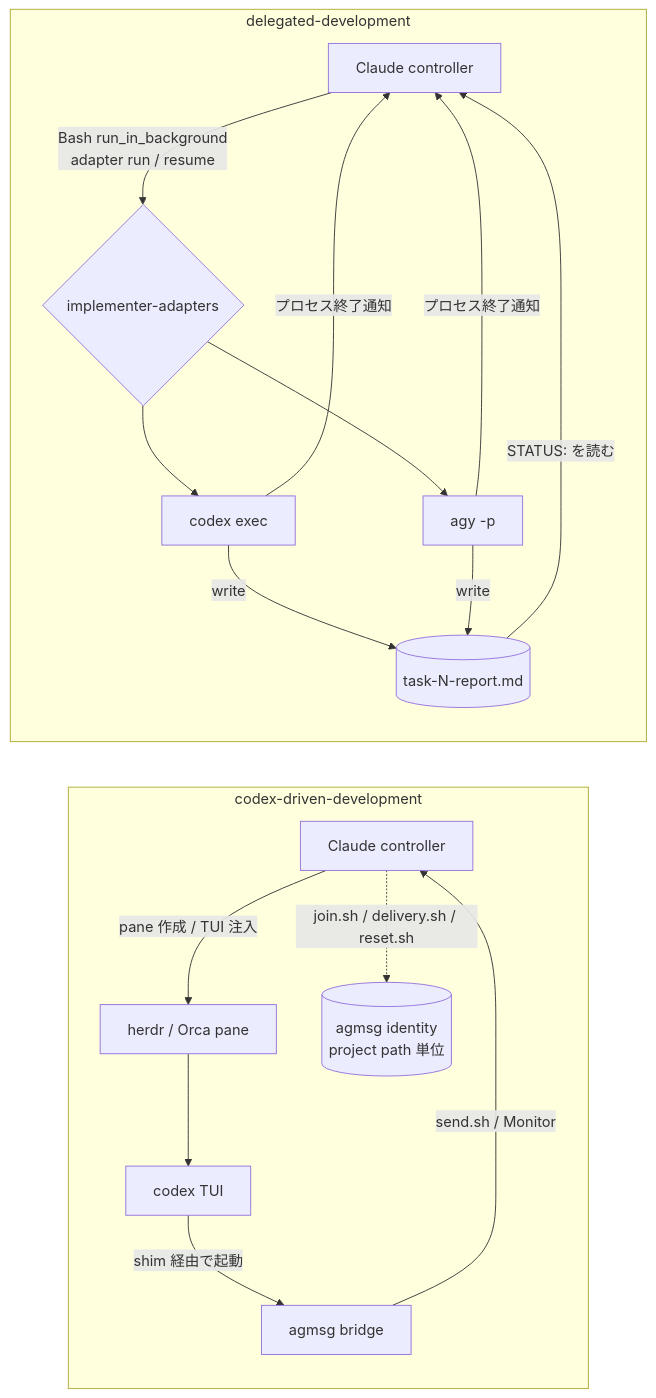
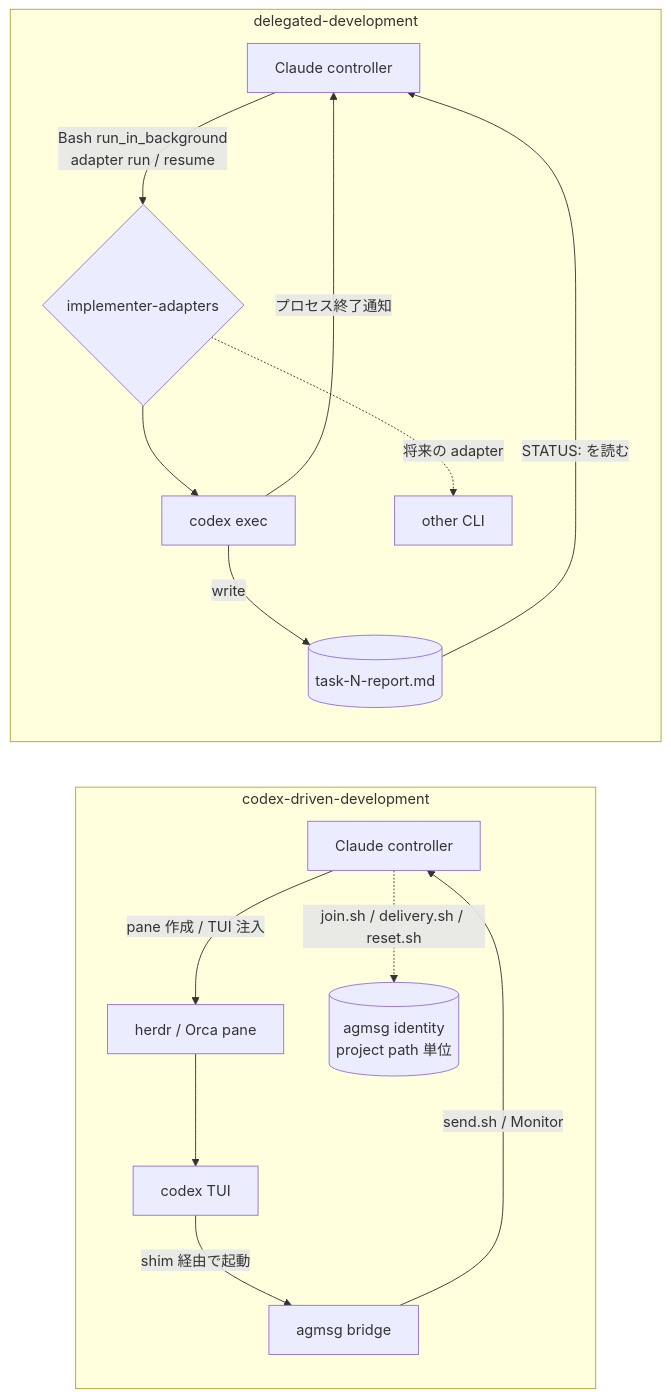
One commit to panicboat/dotfiles changed the first of 2 diagrams in docs/superpowers/specs/2026-11-20-delegated-development-design.md. Above: the diagram before and after it, drawn with Mermaid. The commit also changed other lines of this file, not shown here.

````diff
--- a/docs/superpowers/specs/2026-11-20-delegated-development-design.md
+++ b/docs/superpowers/specs/2026-11-20-delegated-development-design.md
@@ -96,20 +79,18 @@
 ```mermaid
 flowchart LR
   subgraph current["codex-driven-development"]
     C1[Claude controller] -->|pane 作成 / TUI 注入| M1[herdr / Orca pane]
     M1 --> X1[codex TUI]
     X1 -->|shim 経由で起動| B1[agmsg bridge]
     B1 -->|send.sh / Monitor| C1
     C1 -.->|join.sh / delivery.sh / reset.sh| R1[(agmsg identity<br/>project path 単位)]
   end
   subgraph proposed["delegated-development"]
     C2[Claude controller] -->|Bash run_in_background<br/>adapter run / resume| A2{implementer-adapters}
     A2 --> X2[codex exec]
-    A2 --> Y2[agy -p]
+    A2 -.->|将来の adapter| Y2[other CLI]
     X2 -->|プロセス終了通知| C2
-    Y2 -->|プロセス終了通知| C2
     X2 -->|write| F2[(task-N-report.md)]
-    Y2 -->|write| F2
     F2 -->|STATUS: を読む| C2
   end
 ```
````
